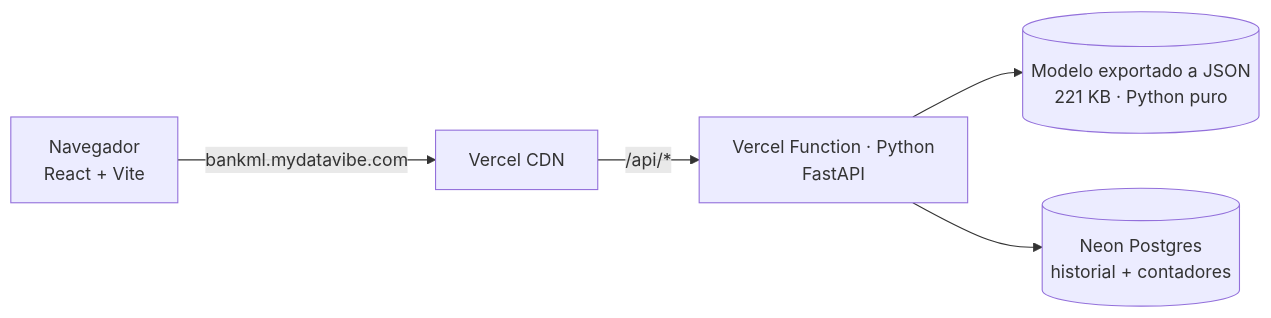
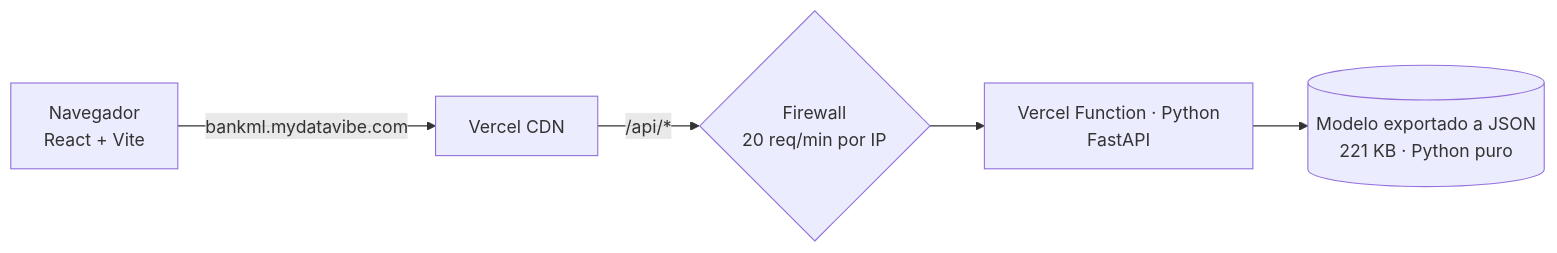
Before and after one commit to rodri-iot/FIUBA-IoT_Machine-Learning: the diagram in README.md, drawn with Mermaid. The commit also changed other lines of this file and 10 other files, not shown here.

First line of the commit message:
Simplificar: quitar Neon, el historial y todo el código de base de datos

````diff
--- a/README.md
+++ b/README.md
@@ -26,7 +25,7 @@
 ```mermaid
 flowchart LR
     U[Navegador<br/>React + Vite] -->|bankml.mydatavibe.com| V[Vercel CDN]
-    V -->|/api/*| F[Vercel Function · Python<br/>FastAPI]
+    V -->|/api/*| W{Firewall<br/>20 req/min por IP}
+    W --> F[Vercel Function · Python<br/>FastAPI]
     F --> M[(Modelo exportado a JSON<br/>221 KB · Python puro)]
-    F --> N[(Neon Postgres<br/>historial + contadores)]
 ```
````
